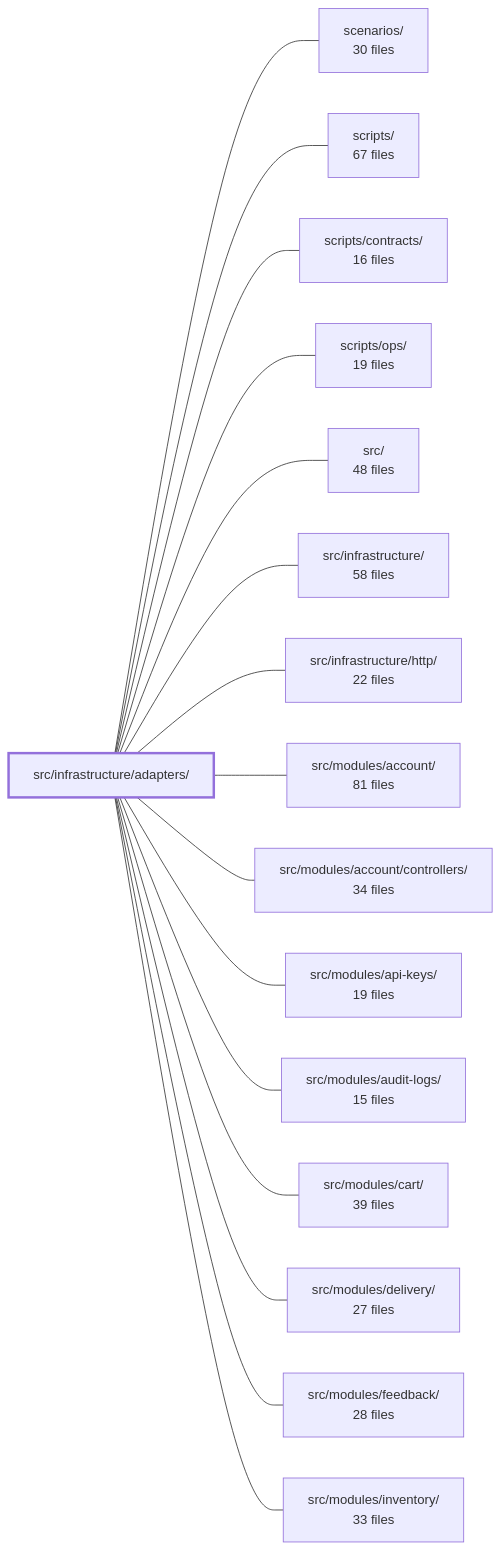
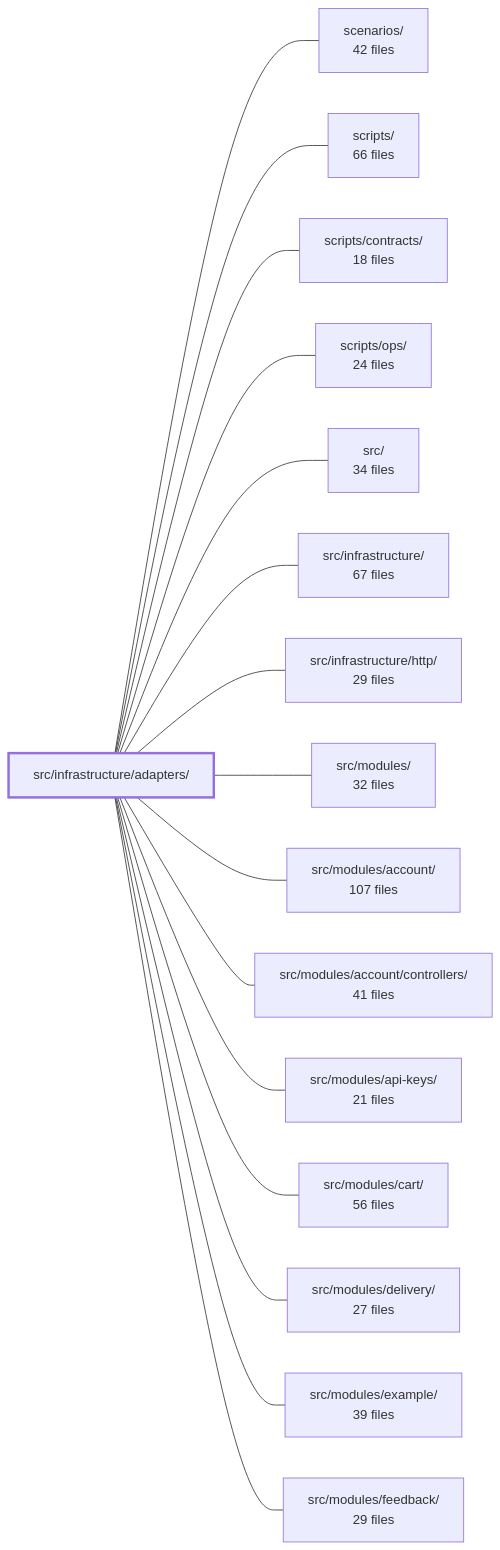
The diagram in .2brain/modules/boilerplate-node-backend_src_infrastructure_adapters.md (Guebbit/boilerplate-node-backend), drawn with Mermaid before and after one commit. The commit also changed other lines of this file and 106 other files, not shown here.

````diff
--- a/.2brain/modules/boilerplate-node-backend_src_infrastructure_adapters.md
+++ b/.2brain/modules/boilerplate-node-backend_src_infrastructure_adapters.md
@@ -41,35 +44,35 @@
 ```mermaid
 flowchart LR
     m_src_infrastructure_adapters["src/infrastructure/adapters/"]
-    m_scenarios["scenarios/<br/>30 files"]
-    m_scripts["scripts/<br/>67 files"]
-    m_scripts_contracts["scripts/contracts/<br/>16 files"]
-    m_scripts_ops["scripts/ops/<br/>19 files"]
-    m_src["src/<br/>48 files"]
-    m_src_infrastructure["src/infrastructure/<br/>58 files"]
-    m_src_infrastructure_http["src/infrastructure/http/<br/>22 files"]
-    m_src_modules_account["src/modules/account/<br/>81 files"]
-    m_src_modules_account_controllers["src/modules/account/controllers/<br/>34 files"]
-    m_src_modules_api_keys["src/modules/api-keys/<br/>19 files"]
-    m_src_modules_audit_logs["src/modules/audit-logs/<br/>15 files"]
-    m_src_modules_cart["src/modules/cart/<br/>39 files"]
+    m_scenarios["scenarios/<br/>42 files"]
+    m_scripts["scripts/<br/>66 files"]
+    m_scripts_contracts["scripts/contracts/<br/>18 files"]
+    m_scripts_ops["scripts/ops/<br/>24 files"]
+    m_src["src/<br/>34 files"]
+    m_src_infrastructure["src/infrastructure/<br/>67 files"]
+    m_src_infrastructure_http["src/infrastructure/http/<br/>29 files"]
+    m_src_modules["src/modules/<br/>32 files"]
+    m_src_modules_account["src/modules/account/<br/>107 files"]
+    m_src_modules_account_controllers["src/modules/account/controllers/<br/>41 files"]
+    m_src_modules_api_keys["src/modules/api-keys/<br/>21 files"]
+    m_src_modules_cart["src/modules/cart/<br/>56 files"]
     m_src_modules_delivery["src/modules/delivery/<br/>27 files"]
-    m_src_modules_feedback["src/modules/feedback/<br/>28 files"]
-    m_src_modules_inventory["src/modules/inventory/<br/>33 files"]
+    m_src_modules_example["src/modules/example/<br/>39 files"]
+    m_src_modules_feedback["src/modules/feedback/<br/>29 files"]
     m_src_infrastructure_adapters --- m_scenarios
     m_src_infrastructure_adapters --- m_scripts
     m_src_infrastructure_adapters --- m_scripts_contracts
     m_src_infrastructure_adapters --- m_scripts_ops
     m_src_infrastructure_adapters --- m_src
     m_src_infrastructure_adapters --- m_src_infrastructure
     m_src_infrastructure_adapters --- m_src_infrastructure_http
+    m_src_infrastructure_adapters --- m_src_modules
     m_src_infrastructure_adapters --- m_src_modules_account
     m_src_infrastructure_adapters --- m_src_modules_account_controllers
     m_src_infrastructure_adapters --- m_src_modules_api_keys
-    m_src_infrastructure_adapters --- m_src_modules_audit_logs
     m_src_infrastructure_adapters --- m_src_modules_cart
     m_src_infrastructure_adapters --- m_src_modules_delivery
+    m_src_infrastructure_adapters --- m_src_modules_example
     m_src_infrastructure_adapters --- m_src_modules_feedback
-    m_src_infrastructure_adapters --- m_src_modules_inventory
     style m_src_infrastructure_adapters stroke-width:3px
 ```
````
